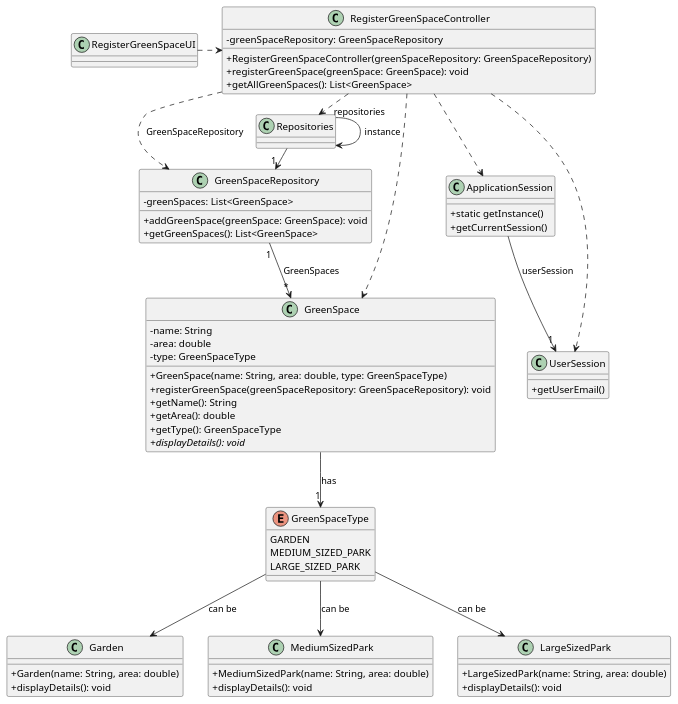
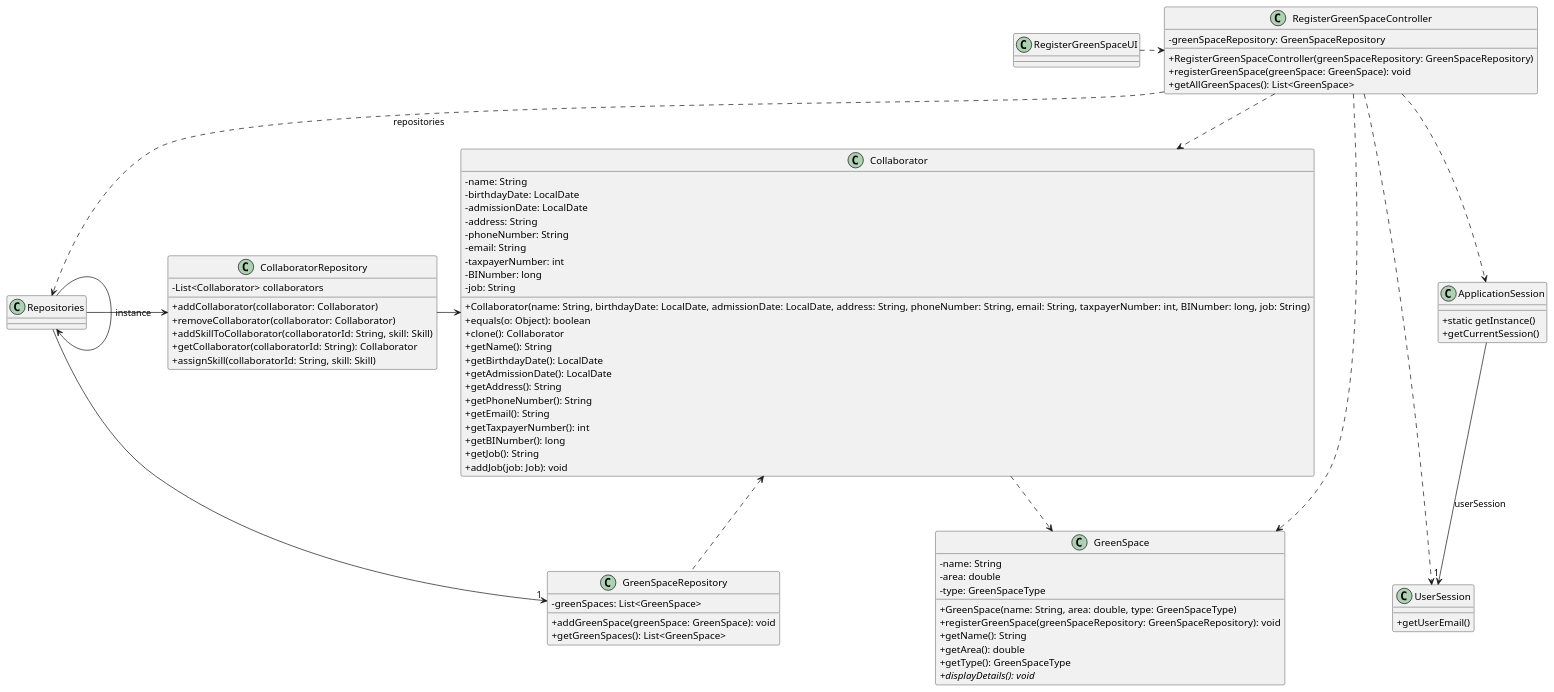
Before and after one commit to Departamento-de-Engenharia-Informatica/greenspace-management: the diagram in docs/sprintC/us020/03.design/puml/us020-class-diagram.puml, drawn with PlantUML. The commit also changed 14 other files, not shown here.

Commit message:
US021 Class Diagram Done

```diff
--- a/docs/sprintC/us020/03.design/puml/us020-class-diagram.puml
+++ b/docs/sprintC/us020/03.design/puml/us020-class-diagram.puml
@@ -1,99 +1,112 @@
 @startuml
 
 'skinparam monochrome true
 skinparam packageStyle rectangle
 skinparam shadowing false
 skinparam linetype polyline
 skinparam linetype orto
 
 skinparam classAttributeIconSize 0
 
 'left to right direction
 
 class ApplicationSession
 {
     + static getInstance()
     + getCurrentSession()
 }
 
 class UserSession
 {
     + getUserEmail()
 }
 
 class GreenSpace {
     - name: String
     - area: double
     - type: GreenSpaceType
 
     + GreenSpace(name: String, area: double, type: GreenSpaceType)
     + registerGreenSpace(greenSpaceRepository: GreenSpaceRepository): void
     + getName(): String
     + getArea(): double
     + getType(): GreenSpaceType
     {abstract} + displayDetails(): void
 }
 
-class Garden {
-    + Garden(name: String, area: double)
-    + displayDetails(): void
+class Collaborator {
+    - name: String
+    - birthdayDate: LocalDate
+    - admissionDate: LocalDate
+    - address: String
+    - phoneNumber: String
+    - email: String
+    - taxpayerNumber: int
+    - BINumber: long
+    - job: String
+    + Collaborator(name: String, birthdayDate: LocalDate, admissionDate: LocalDate, address: String, phoneNumber: String, email: String, taxpayerNumber: int, BINumber: long, job: String)
+    + equals(o: Object): boolean
+    + clone(): Collaborator
+    + getName(): String
+    + getBirthdayDate(): LocalDate
+    + getAdmissionDate(): LocalDate
+    + getAddress(): String
+    + getPhoneNumber(): String
+    + getEmail(): String
+    + getTaxpayerNumber(): int
+    + getBINumber(): long
+    + getJob(): String
+    + addJob(job: Job): void
 }
 
-class MediumSizedPark {
-    + MediumSizedPark(name: String, area: double)
-    + displayDetails(): void
-}
+class CollaboratorRepository {
+    - List<Collaborator> collaborators
 
-class LargeSizedPark {
-    + LargeSizedPark(name: String, area: double)
-    + displayDetails(): void
+    + addCollaborator(collaborator: Collaborator)
+    + removeCollaborator(collaborator: Collaborator)
+    + addSkillToCollaborator(collaboratorId: String, skill: Skill)
+    + getCollaborator(collaboratorId: String): Collaborator
+    + assignSkill(collaboratorId: String, skill: Skill)
 }
 
 class GreenSpaceRepository {
     - greenSpaces: List<GreenSpace>
 
     + addGreenSpace(greenSpace: GreenSpace): void
     + getGreenSpaces(): List<GreenSpace>
 }
 
 class RegisterGreenSpaceController {
     - greenSpaceRepository: GreenSpaceRepository
 
     + RegisterGreenSpaceController(greenSpaceRepository: GreenSpaceRepository)
     + registerGreenSpace(greenSpace: GreenSpace): void
     + getAllGreenSpaces(): List<GreenSpace>
 }
 
-enum GreenSpaceType {
-    GARDEN
-    MEDIUM_SIZED_PARK
-    LARGE_SIZED_PARK
-}
 
 ApplicationSession --> "1" UserSession : userSession
 
 RegisterGreenSpaceController ..> ApplicationSession
 RegisterGreenSpaceController ..> UserSession
 
 Repositories -> Repositories : instance
 
 RegisterGreenSpaceUI .> RegisterGreenSpaceController
 
 RegisterGreenSpaceController .> Repositories : repositories
 
 Repositories -> "1" GreenSpaceRepository
+Repositories -> CollaboratorRepository
+CollaboratorRepository-> Collaborator
 
-RegisterGreenSpaceController ..> GreenSpaceRepository : GreenSpaceRepository
+Collaborator ..> GreenSpace
+RegisterGreenSpaceController ..> Collaborator
+Collaborator <.. GreenSpaceRepository
 RegisterGreenSpaceController ..> GreenSpace
 
-' Ligação dos tipos de parques com a classe GreenSpace
-GreenSpaceType --> Garden : can be
-GreenSpaceType --> MediumSizedPark : can be
-GreenSpaceType --> LargeSizedPark : can be
-
-GreenSpace --> "1" GreenSpaceType : has
 
 ' Legenda
-GreenSpaceRepository "1" --> "*" GreenSpace : GreenSpaces
+
 
 @enduml
```
